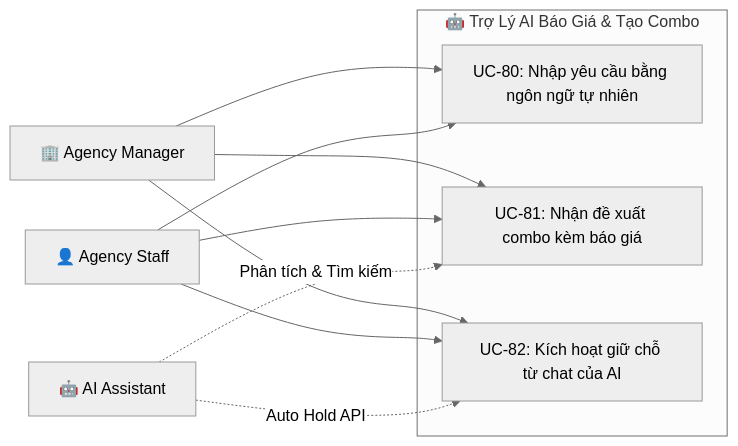
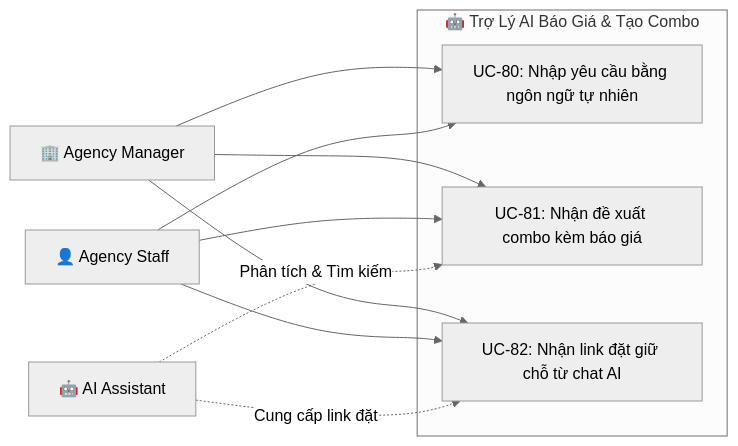
Before and after one commit to thanh-16/B2B_Tour: diagram 15 of 15 in docs/actor and usecase/phase1_mvp_usecase.md, drawn with Mermaid (neutral theme). The commit also changed other lines of this file and 3 other files, not shown here.

````diff
--- a/docs/actor and usecase/phase1_mvp_usecase.md
+++ b/docs/actor and usecase/phase1_mvp_usecase.md
@@ -577,17 +582,17 @@
 ```mermaid
 graph LR
     subgraph AIAssistant["🤖 Trợ Lý AI Báo Giá & Tạo Combo"]
         UC80["UC-80: Nhập yêu cầu bằng ngôn ngữ tự nhiên"]
         UC81["UC-81: Nhận đề xuất combo kèm báo giá"]
-        UC82["UC-82: Kích hoạt giữ chỗ từ chat của AI"]
+        UC82["UC-82: Nhận link đặt giữ chỗ từ chat AI"]
     end
 
     AM["🏢 Agency Manager"] --> UC80
     AM --> UC81
     AM --> UC82
     AS["👤 Agency Staff"] --> UC80
     AS --> UC81
     AS --> UC82
     AI_AST["🤖 AI Assistant"] -.-> |"Phân tích & Tìm kiếm"| UC81
-    AI_AST -.-> |"Auto Hold API"| UC82
+    AI_AST -.-> |"Cung cấp link đặt"| UC82
 ```
````
